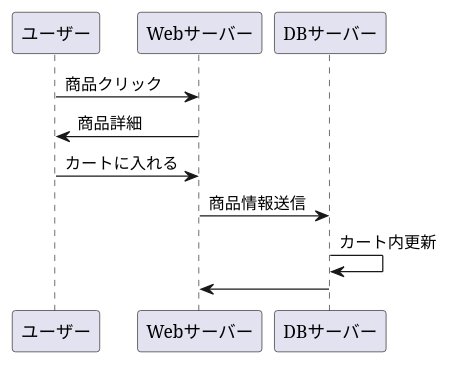
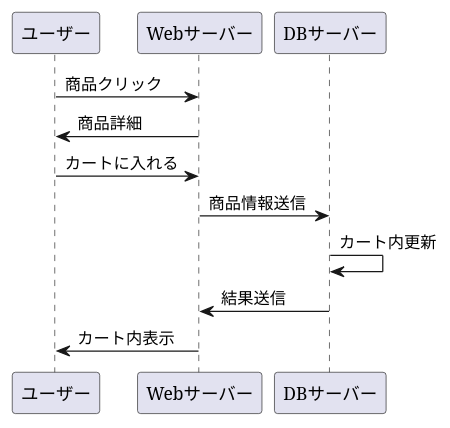
The diagram in frontwork_02.md (Aso2001384/2021sys-design), drawn with PlantUML before and after one commit.

````diff
--- a/frontwork_02.md
+++ b/frontwork_02.md
@@ -1,12 +1,13 @@
 ```uml
 @startuml
 ユーザー -> Webサーバー : 商品クリック
 Webサーバー -> ユーザー : 商品詳細
 ユーザー -> Webサーバー : カートに入れる
 Webサーバー -> DBサーバー : 商品情報送信
 DBサーバー -> DBサーバー : カート内更新
-DBサーバー -> Webサーバー : 
+DBサーバー -> Webサーバー : 結果送信
+Webサーバー -> ユーザー : カート内表示
 
 
 @enduml
 ```
````
